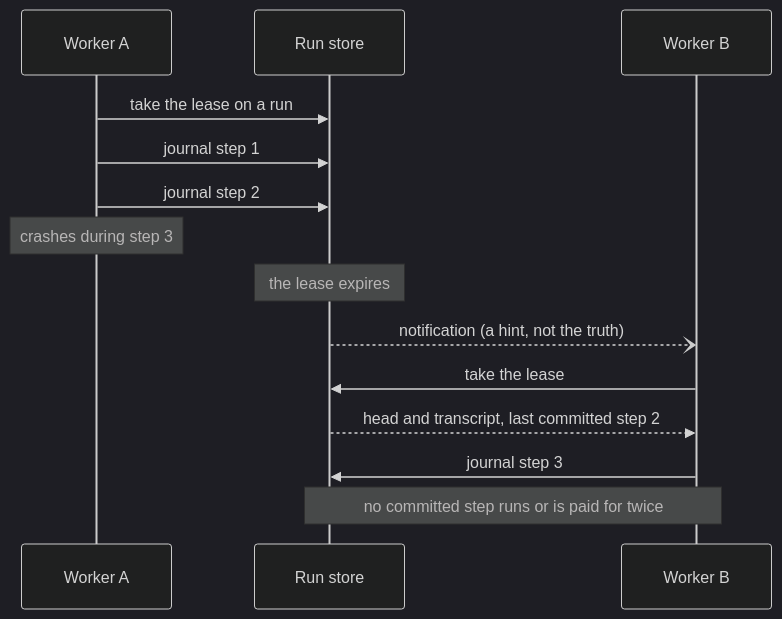
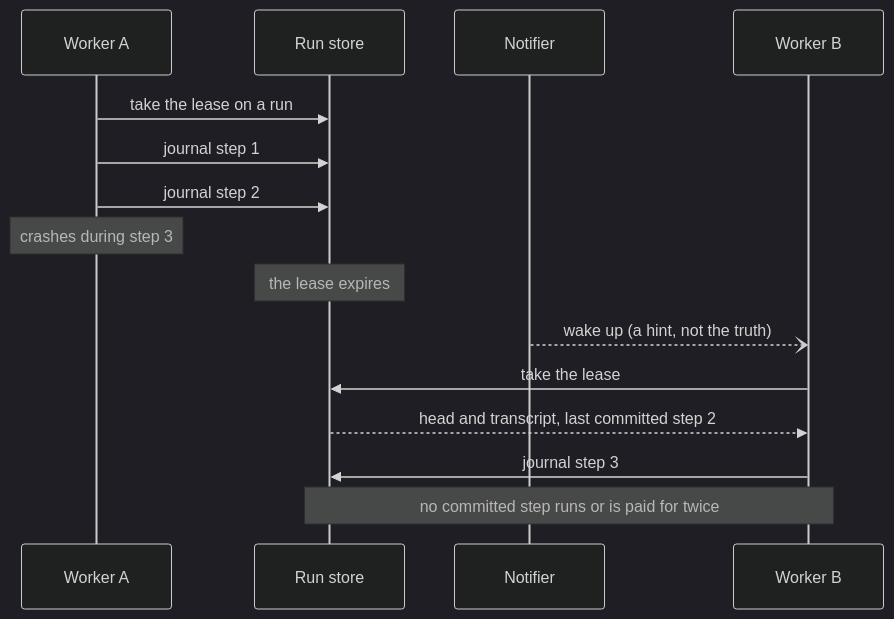
One commit to WhyThatFunction/ssegning-com changed the first of 7 diagrams in apps/cms/src/bootstrap/articles/14-building-adam-rs-part-1.md. Above: the diagram before and after it, drawn with Mermaid (dark theme). The commit also changed other lines of this file and 1 other file, not shown here.

Commit message:
fix(cms): replace guard covers every written field; retry half-done rewrites
From an adversarial review run against a real Strapi 5.52 boot:
- `replaces` now lists fingerprints over every field the publisher writes
  (title, excerpt, body, reading time, SEO title and description), not the
  body alone, so an admin edit to any of them blocks the rewrite. The
  listed fingerprint is the live post's, checked equal field by field to
  what the publisher generated (no admin edits).
- A boot that died after update() no longer strands the post: a copy
  already at this version counts as replaceable, and a finished rewrite
  with the wrong publish date gets its release date back.
- Reading time no longer counts mermaid source or image syntax (13 -> 10
  minutes for this article, as before the diagrams).
- The chart says which scores are range midpoints and that times are at
  low reasoning; the lease diagram gives the wake-up to the notifier, not
  the store.

````diff
--- a/apps/cms/src/bootstrap/articles/14-building-adam-rs-part-1.md
+++ b/apps/cms/src/bootstrap/articles/14-building-adam-rs-part-1.md
@@ -23,16 +23,17 @@
 ```mermaid
 sequenceDiagram
     participant A as Worker A
     participant S as Run store
+    participant N as Notifier
     participant B as Worker B
     A->>S: take the lease on a run
     A->>S: journal step 1
     A->>S: journal step 2
     Note over A: crashes during step 3
     Note over S: the lease expires
-    S--)B: notification (a hint, not the truth)
+    N--)B: wake up (a hint, not the truth)
     B->>S: take the lease
     S-->>B: head and transcript, last committed step 2
     B->>S: journal step 3
     Note over B,S: no committed step runs or is paid for twice
 ```
````
